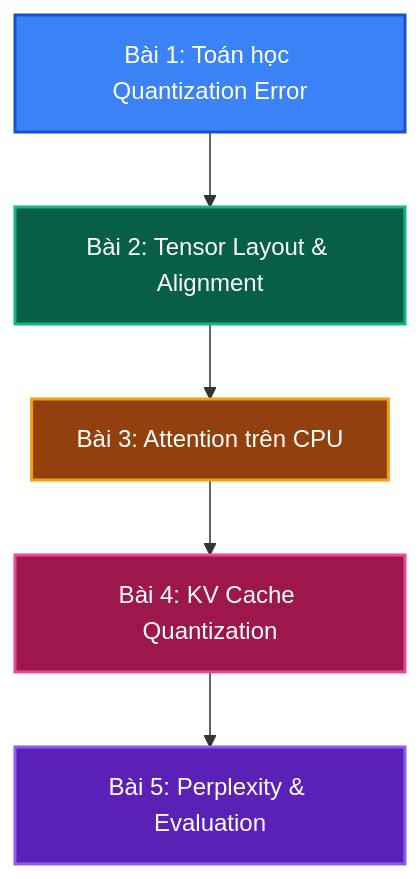
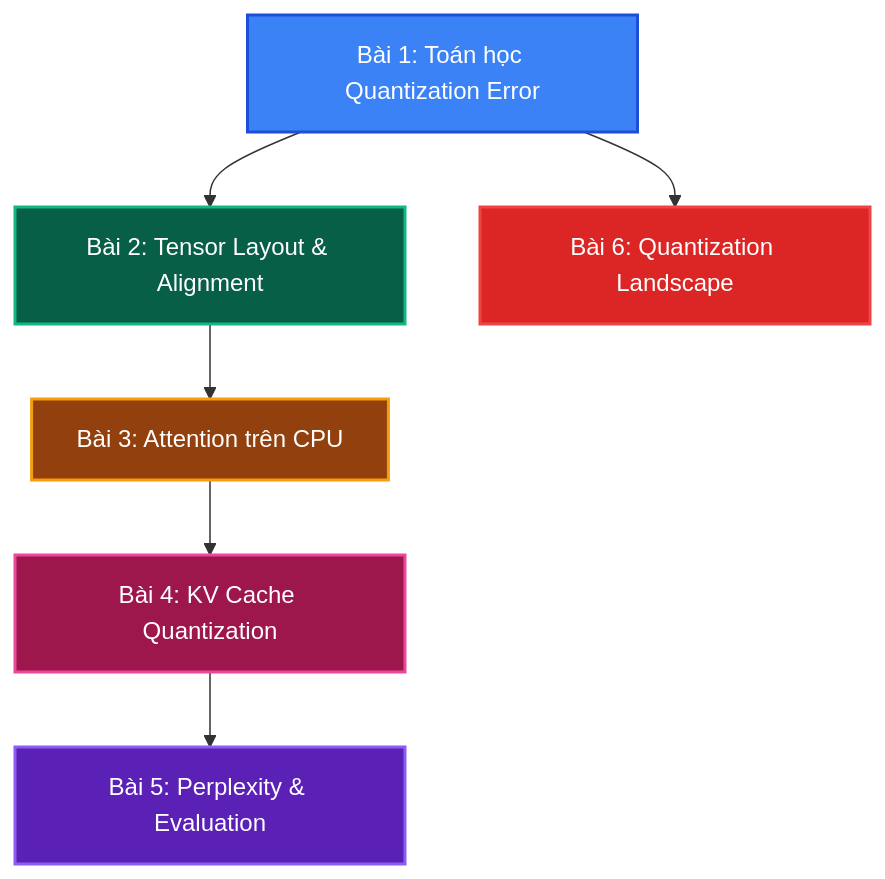
Before and after one commit to tuandung222/llama-cpp-architecture-lectures: the diagram in docs/theory_deep_dive/roadmap_theory.md, drawn with Mermaid. The commit also changed other lines of this file and 2 other files, not shown here.

Commit message:
Add quantization landscape comparison: GGML vs GPTQ vs AWQ vs QAT
- New theory_6: comprehensive comparison of 4 quantization paradigms
- GPTQ: Hessian-based OBQ with error propagation (ICLR 2023)
- AWQ: activation-aware scaling with equivalent transformation (MLSys 2024)
- QAT: STE, LSQ learned step size (ICLR 2020)
- GGML: block quantization optimized for CPU SIMD
- Decision matrix for choosing the right method per use case
- Updated lesson_3 with section 8 referencing the comparison
- Updated theory roadmap with new theory_6 entry

````diff
--- a/docs/theory_deep_dive/roadmap_theory.md
+++ b/docs/theory_deep_dive/roadmap_theory.md
@@ -14,13 +14,15 @@
 ```mermaid
 graph TD
     T1[Bài 1: Toán học Quantization Error] --> T2[Bài 2: Tensor Layout & Alignment]
     T2 --> T3[Bài 3: Attention trên CPU]
     T3 --> T4[Bài 4: KV Cache Quantization]
     T4 --> T5[Bài 5: Perplexity & Evaluation]
+    T1 --> T6[Bài 6: Quantization Landscape]
 
     style T1 fill:#3b82f6,stroke:#1d4ed8,stroke-width:2px,color:#fff
     style T2 fill:#065f46,stroke:#10b981,stroke-width:2px,color:#fff
     style T3 fill:#92400e,stroke:#f59e0b,stroke-width:2px,color:#fff
     style T4 fill:#9d174d,stroke:#ec4899,stroke-width:2px,color:#fff
     style T5 fill:#5b21b6,stroke:#8b5cf6,stroke-width:2px,color:#fff
+    style T6 fill:#dc2626,stroke:#ef4444,stroke-width:2px,color:#fff
 ```
````
